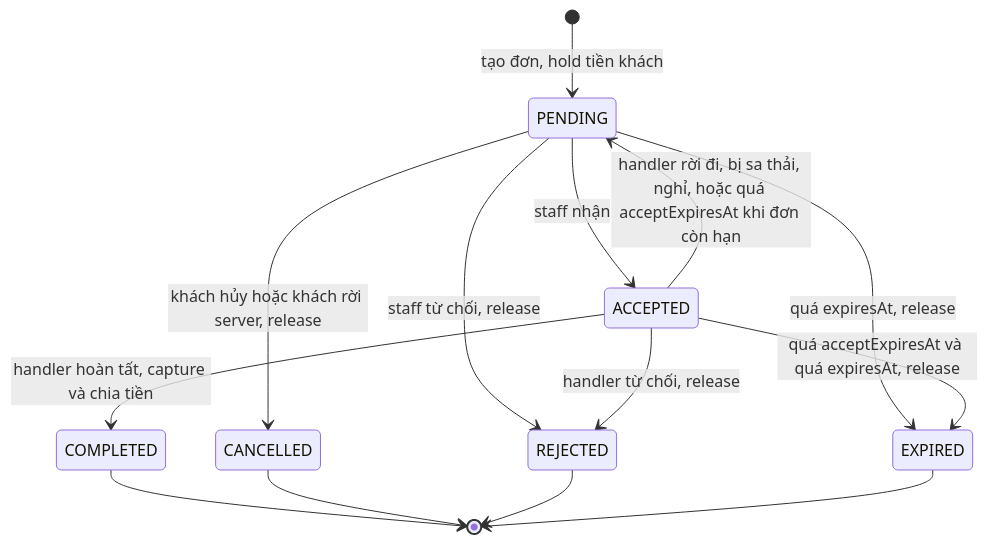
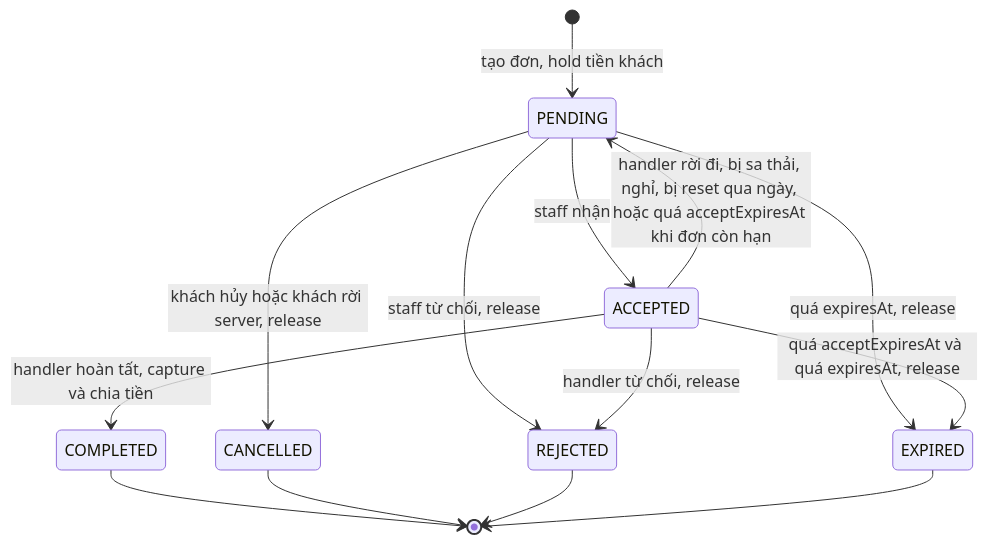
Before and after one commit to Astersa/tra-da-via-he: the fifth of 6 diagrams in TRA-DA-VIA-HE-MVP-DOCS/IMPLEMENTATION-PLAN.md, drawn with Mermaid. The commit also changed other lines of this file, not shown here.

````diff
--- a/TRA-DA-VIA-HE-MVP-DOCS/IMPLEMENTATION-PLAN.md
+++ b/TRA-DA-VIA-HE-MVP-DOCS/IMPLEMENTATION-PLAN.md
@@ -989,16 +1025,16 @@
 ```mermaid
 stateDiagram-v2
   [*] --> PENDING: tạo đơn, hold tiền khách
   PENDING --> ACCEPTED: staff nhận
   ACCEPTED --> COMPLETED: handler hoàn tất, capture và chia tiền
-  ACCEPTED --> PENDING: handler rời đi, bị sa thải, nghỉ, hoặc quá acceptExpiresAt khi đơn còn hạn
+  ACCEPTED --> PENDING: handler rời đi, bị sa thải, nghỉ, bị reset qua ngày, hoặc quá acceptExpiresAt khi đơn còn hạn
   PENDING --> CANCELLED: khách hủy hoặc khách rời server, release
   PENDING --> REJECTED: staff từ chối, release
   PENDING --> EXPIRED: quá expiresAt, release
   ACCEPTED --> EXPIRED: quá acceptExpiresAt và quá expiresAt, release
   ACCEPTED --> REJECTED: handler từ chối, release
   COMPLETED --> [*]
   CANCELLED --> [*]
   REJECTED --> [*]
   EXPIRED --> [*]
 ```
````
